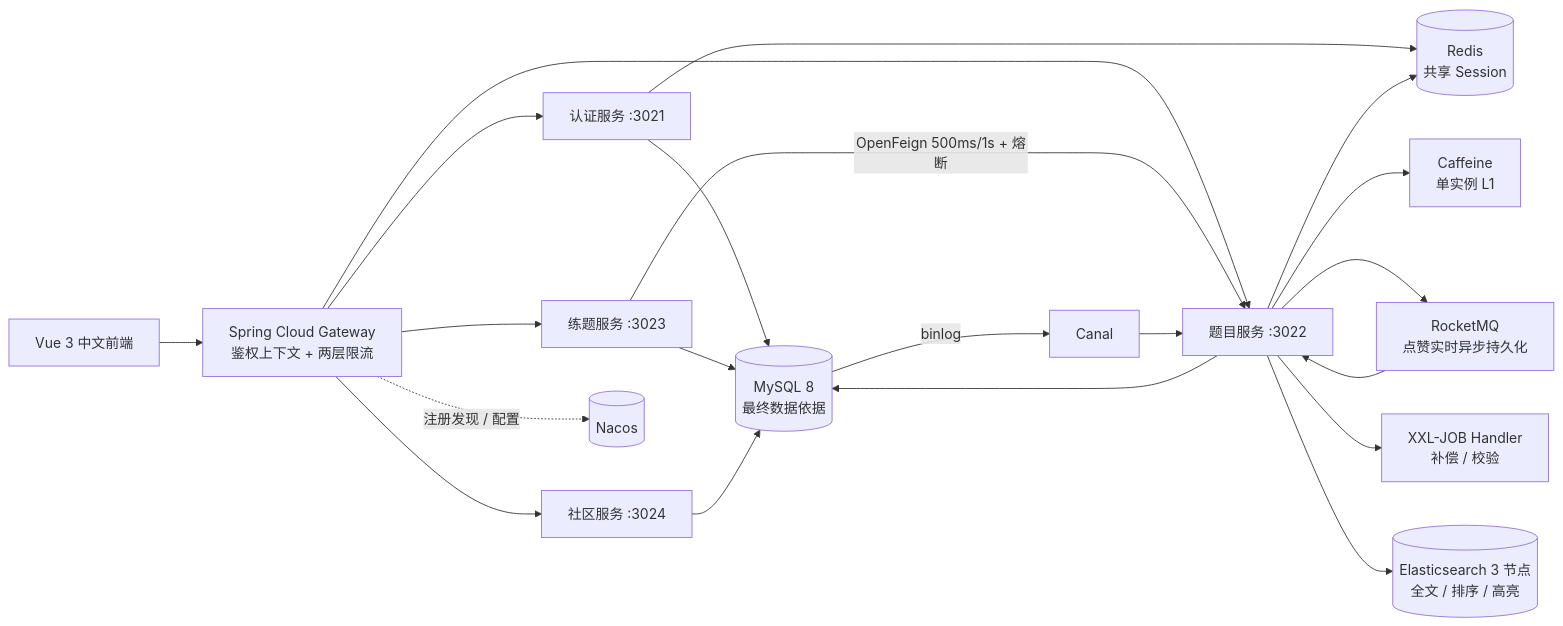
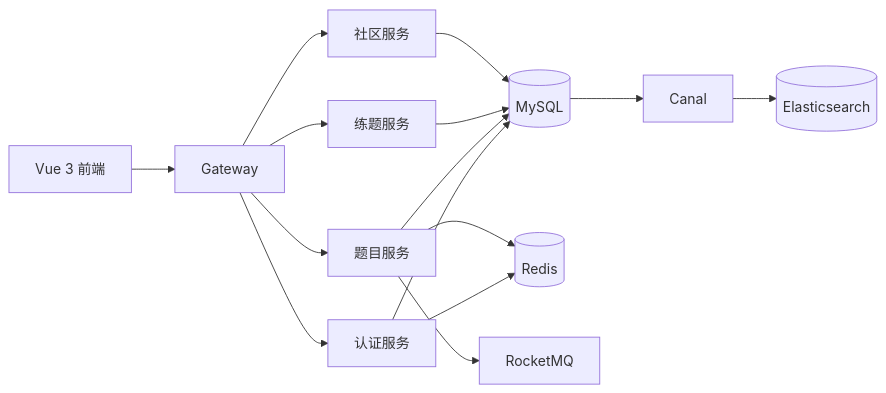
Before and after one commit to xianspiderman/dyh-interview-club: the diagram in README.md, drawn with Mermaid. The commit also changed other lines of this file, not shown here.

````diff
--- a/README.md
+++ b/README.md
@@ -18,23 +50,17 @@
 ```mermaid
 flowchart LR
-    Browser["Vue 3 中文前端"] --> Gateway["Spring Cloud Gateway<br/>鉴权上下文 + 两层限流"]
-    Gateway --> Auth["认证服务 :3021"]
-    Gateway --> Subject["题目服务 :3022"]
-    Gateway --> Practice["练题服务 :3023"]
-    Gateway --> Circle["社区服务 :3024"]
-    Gateway -. "注册发现 / 配置" .-> Nacos[(Nacos)]
-    Auth --> MySQL[(MySQL 8<br/>最终数据依据)]
-    Auth --> Redis[(Redis<br/>共享 Session)]
+    Web[Vue 3 前端] --> Gateway[Gateway]
+    Gateway --> Auth[认证服务]
+    Gateway --> Subject[题目服务]
+    Gateway --> Practice[练题服务]
+    Gateway --> Circle[社区服务]
+    Auth --> MySQL[(MySQL)]
     Subject --> MySQL
-    Subject --> Redis
-    Subject --> Caffeine["Caffeine<br/>单实例 L1"]
-    Subject --> RocketMQ["RocketMQ<br/>点赞实时异步持久化"]
-    RocketMQ --> Subject
-    Subject --> XXL["XXL-JOB Handler<br/>补偿 / 校验"]
-    Practice -->|"OpenFeign 500ms/1s + 熔断"| Subject
     Practice --> MySQL
     Circle --> MySQL
-    MySQL -->|binlog| Canal[Canal]
-    Canal --> Subject
-    Subject --> ES[(Elasticsearch 3 节点<br/>全文 / 排序 / 高亮)]
+    Auth --> Redis[(Redis)]
+    Subject --> Redis
+    Subject --> MQ[RocketMQ]
+    MySQL --> Canal[Canal]
+    Canal --> ES[(Elasticsearch)]
 ```
````
